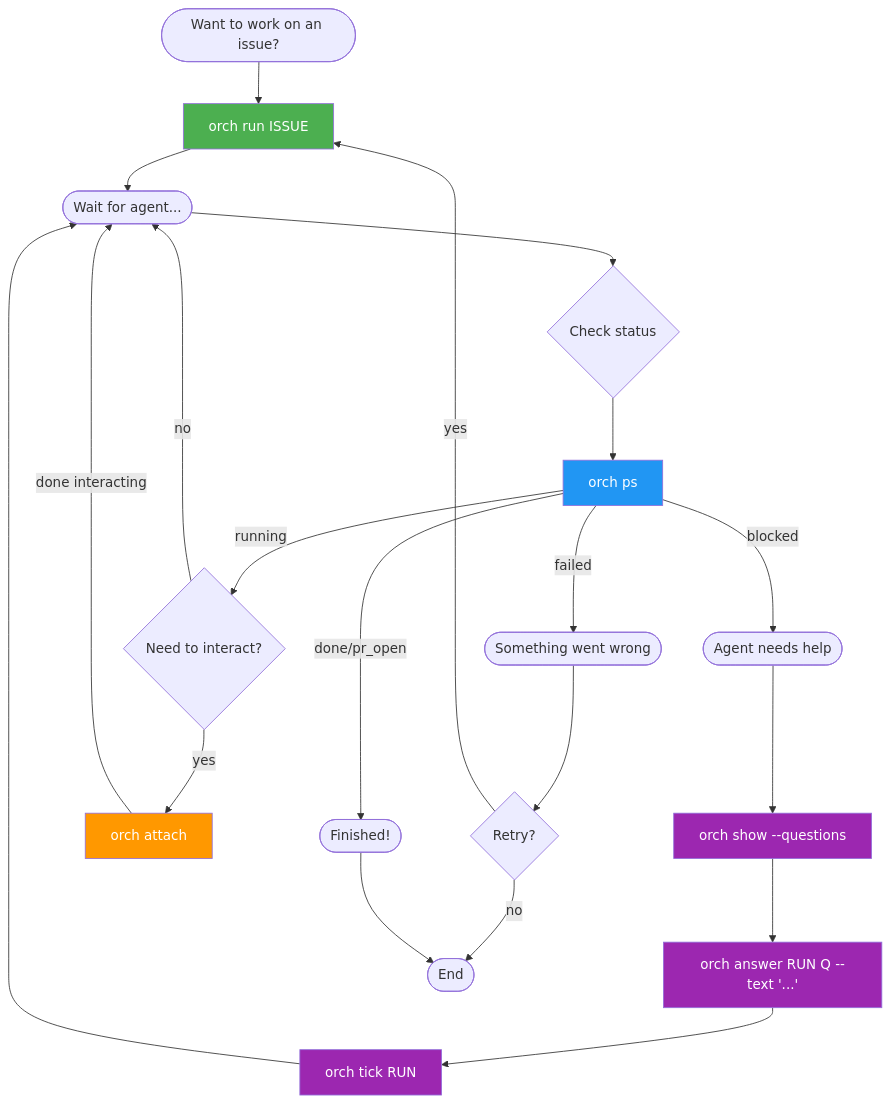
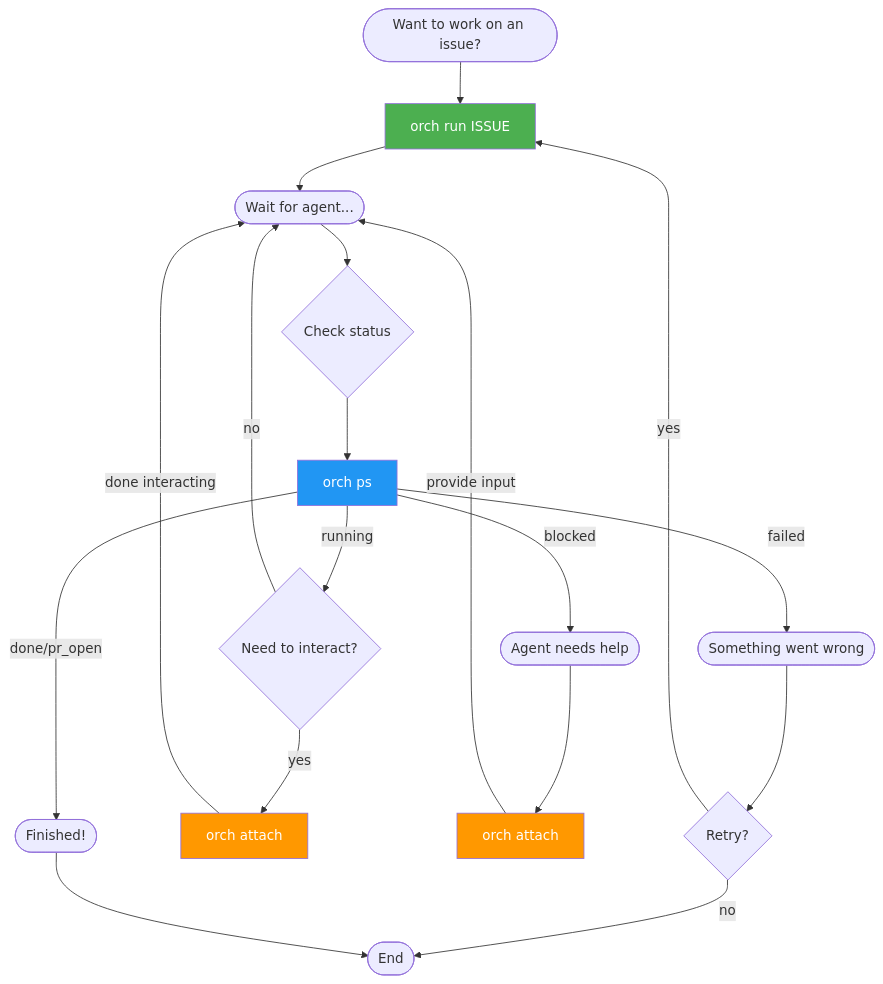
One commit to proboscis/orch changed the third of 3 diagrams in README.md. Above: the diagram before and after it, drawn with Mermaid. The commit also changed other lines of this file and 17 other files, not shown here.

````diff
--- a/README.md
+++ b/README.md
@@ -89,35 +88,31 @@
 ```mermaid
 flowchart TD
     START([Want to work on an issue?]) --> RUN[orch run ISSUE]
 
     RUN --> WAIT([Wait for agent...])
     WAIT --> CHECK{Check status}
     CHECK --> PS[orch ps]
 
     PS --> |running| DECIDE{Need to interact?}
     PS --> |blocked| BLOCKED([Agent needs help])
     PS --> |done/pr_open| DONE([Finished!])
     PS --> |failed| FAILED([Something went wrong])
 
     DECIDE --> |yes| ATTACH[orch attach]
     DECIDE --> |no| WAIT
     ATTACH --> |done interacting| WAIT
 
-    BLOCKED --> SHOW[orch show --questions]
-    SHOW --> ANSWER[orch answer RUN Q --text '...']
-    ANSWER --> TICK[orch tick RUN]
-    TICK --> WAIT
+    BLOCKED --> ATTACH2[orch attach]
+    ATTACH2 --> |provide input| WAIT
 
     FAILED --> RETRY{Retry?}
     RETRY --> |yes| RUN
     RETRY --> |no| END([End])
 
     DONE --> END
 
     style RUN fill:#4CAF50,color:#fff
     style PS fill:#2196F3,color:#fff
     style ATTACH fill:#FF9800,color:#fff
-    style SHOW fill:#9C27B0,color:#fff
-    style ANSWER fill:#9C27B0,color:#fff
-    style TICK fill:#9C27B0,color:#fff
+    style ATTACH2 fill:#FF9800,color:#fff
 ```
````
